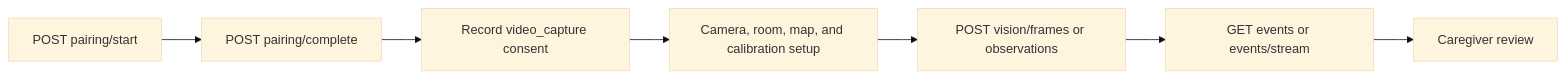
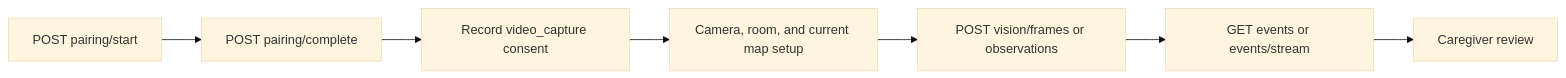
Before and after one commit to 0xbiel/one-docs: the diagram in pages/api/overview.md, drawn with Mermaid (base theme). The commit also changed other lines of this file and 23 other files, not shown here.

````diff
--- a/pages/api/overview.md
+++ b/pages/api/overview.md
@@ -35,9 +35,9 @@
 ```mermaid
 flowchart LR
     start[POST pairing/start] --> complete[POST pairing/complete]
     complete --> consent[Record video_capture consent]
-    consent --> setup[Camera, room, map, and calibration setup]
+    consent --> setup[Camera, room, and current map setup]
     setup --> ingest[POST vision/frames or observations]
     ingest --> review[GET events or events/stream]
     review --> caregiver[Caregiver review]
 ```
````
